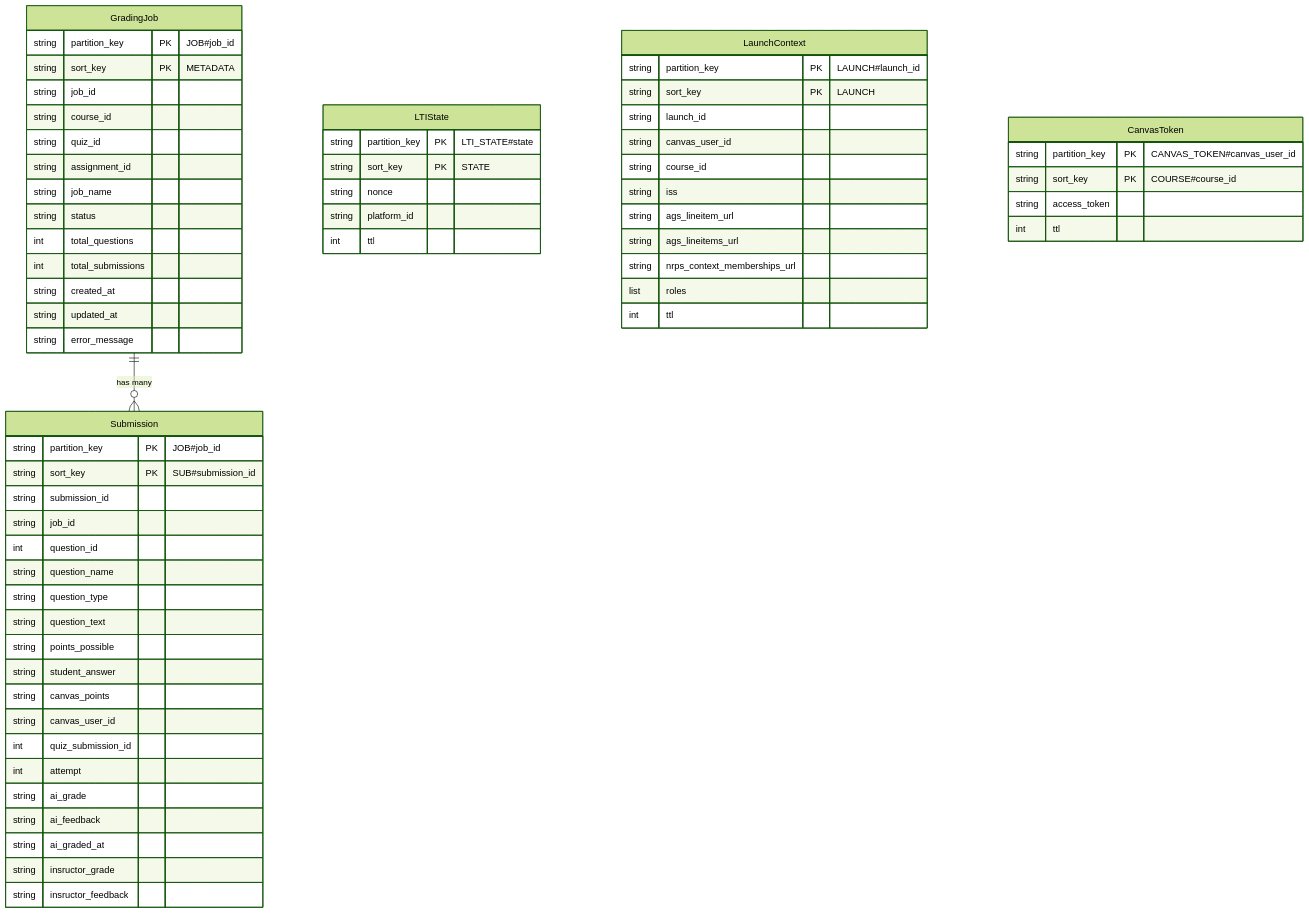
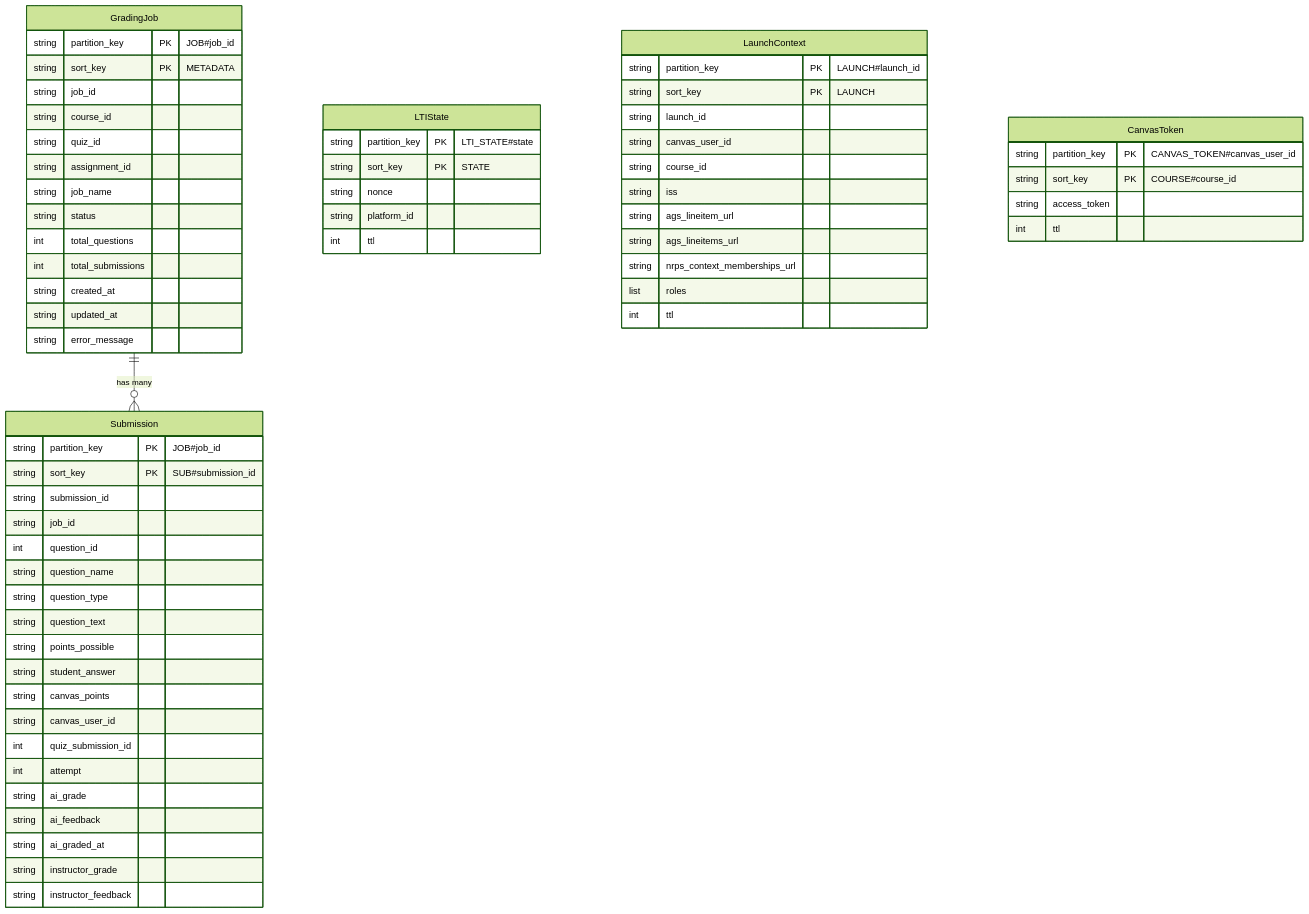
The diagram in docs/data-models/index.md (UBCForestryTLS/grading-helper-service), drawn with Mermaid (forest theme) before and after one commit. The commit also changed other lines of this file and 3 other files, not shown here.

````diff
--- a/docs/data-models/index.md
+++ b/docs/data-models/index.md
@@ -9,71 +9,71 @@
 ```mermaid
 erDiagram
     GradingJob {
         string partition_key PK "JOB#job_id"
         string sort_key PK "METADATA"
         string job_id
         string course_id
         string quiz_id
         string assignment_id
         string job_name
         string status
         int total_questions
         int total_submissions
         string created_at
         string updated_at
         string error_message
     }
 
     Submission {
         string partition_key PK "JOB#job_id"
         string sort_key PK "SUB#submission_id"
         string submission_id
         string job_id
         int question_id
         string question_name
         string question_type
         string question_text
         string points_possible
         string student_answer
         string canvas_points
         string canvas_user_id
         int quiz_submission_id
         int attempt
         string ai_grade
         string ai_feedback
         string ai_graded_at
-        string insructor_grade
-        string insructor_feedback
+        string instructor_grade
+        string instructor_feedback
     }
 
     LTIState {
         string partition_key PK "LTI_STATE#state"
         string sort_key PK "STATE"
         string nonce
         string platform_id
         int ttl
     }
 
     LaunchContext {
         string partition_key PK "LAUNCH#launch_id"
         string sort_key PK "LAUNCH"
         string launch_id
         string canvas_user_id
         string course_id
         string iss
         string ags_lineitem_url
         string ags_lineitems_url
         string nrps_context_memberships_url
         list roles
         int ttl
     }
 
     CanvasToken {
         string partition_key PK "CANVAS_TOKEN#canvas_user_id"
         string sort_key PK "COURSE#course_id"
         string access_token
         int ttl
     }
 
     GradingJob ||--o{ Submission : "has many"
 ```
````
